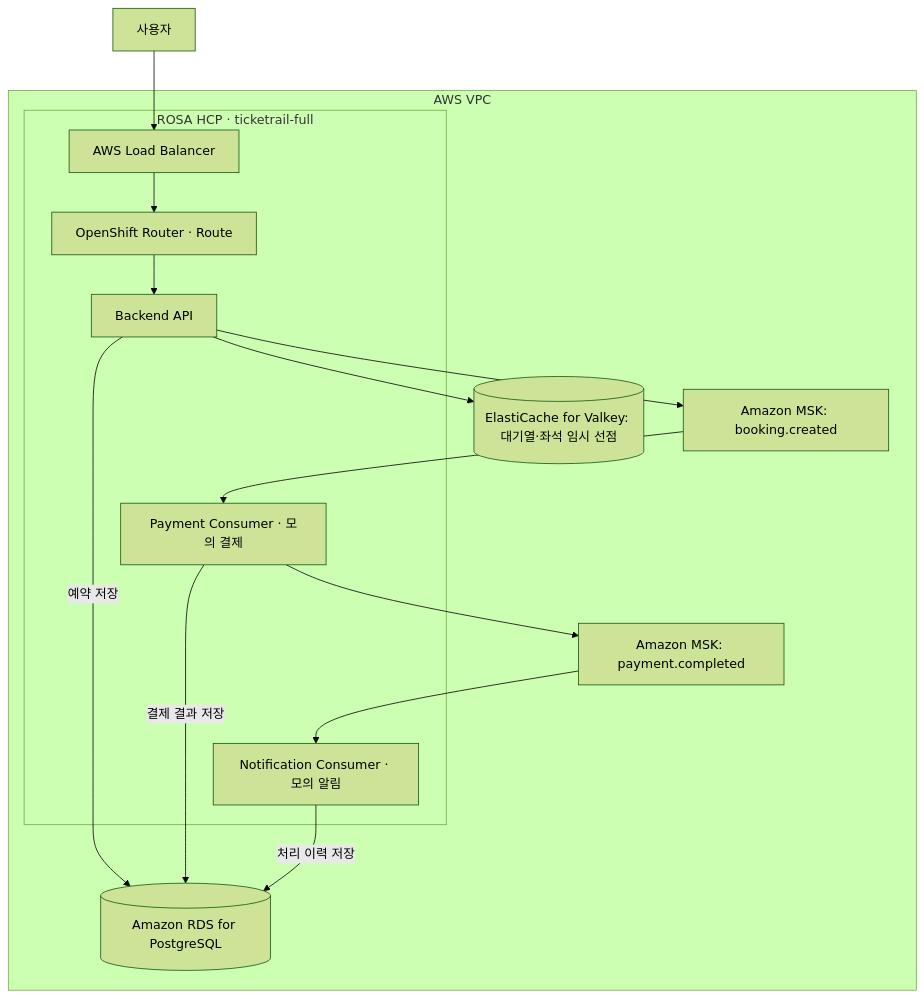
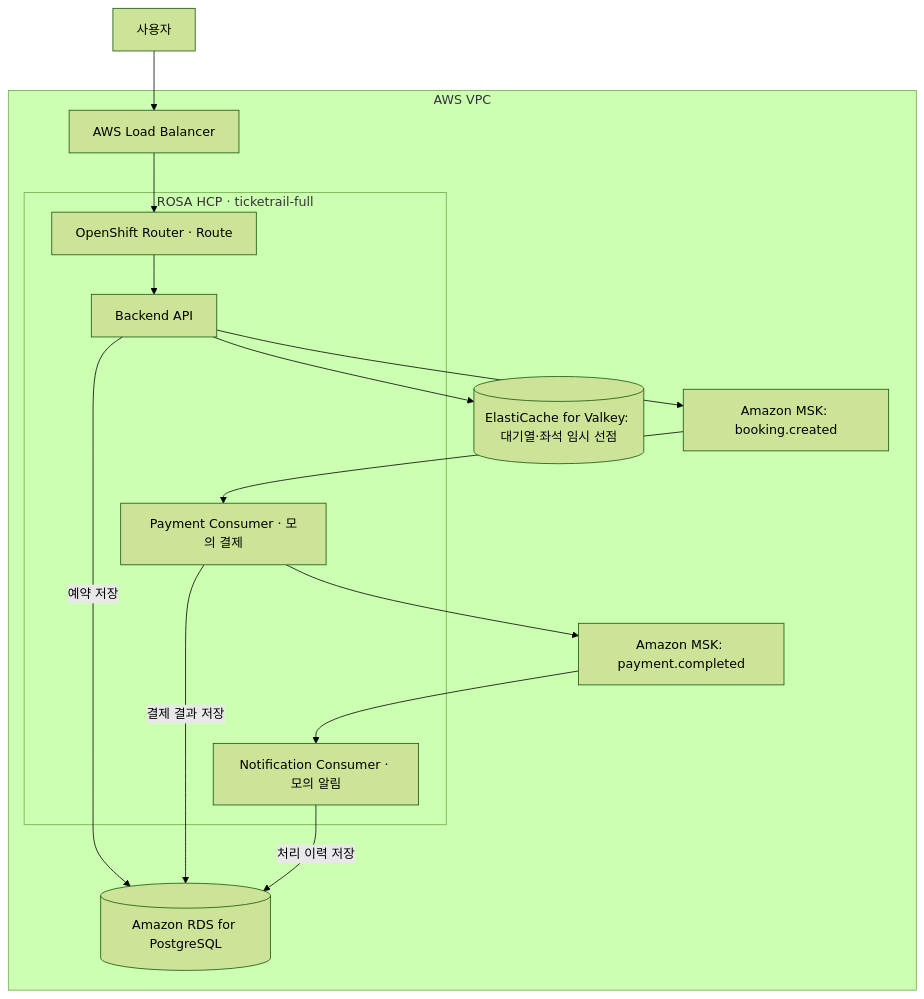
The third of 3 diagrams in docs/second-project.md (wldnjs0653/ticket-rail), drawn with Mermaid (forest theme) before and after one commit.

Commit message:
docs: distinguish AWS load balancer from ROSA workloads

````diff
--- a/docs/second-project.md
+++ b/docs/second-project.md
@@ -92,20 +92,23 @@
 ```mermaid
 flowchart TB
-    U["사용자"] --> LB["AWS Load Balancer"]
+    U["사용자"]
     subgraph AWS["AWS VPC"]
+        LB["AWS Load Balancer"]
         subgraph ROSA["ROSA HCP · ticketrail-full"]
-            LB --> ROUTE["OpenShift Router · Route"]
+            ROUTE["OpenShift Router · Route"]
             ROUTE --> API["Backend API"]
             PAY["Payment Consumer · 모의 결제"]
             NOTI["Notification Consumer · 모의 알림"]
         end
+        LB --> ROUTE
         API --> VALKEY[("ElastiCache for Valkey: 대기열·좌석 임시 선점")]
         API -->|예약 저장| RDS[("Amazon RDS for PostgreSQL")]
         API --> BK["Amazon MSK: booking.created"]
         BK --> PAY
         PAY -->|결제 결과 저장| RDS
         PAY --> PC["Amazon MSK: payment.completed"]
         PC --> NOTI
         NOTI -->|처리 이력 저장| RDS
     end
+    U --> LB
 ```
````
